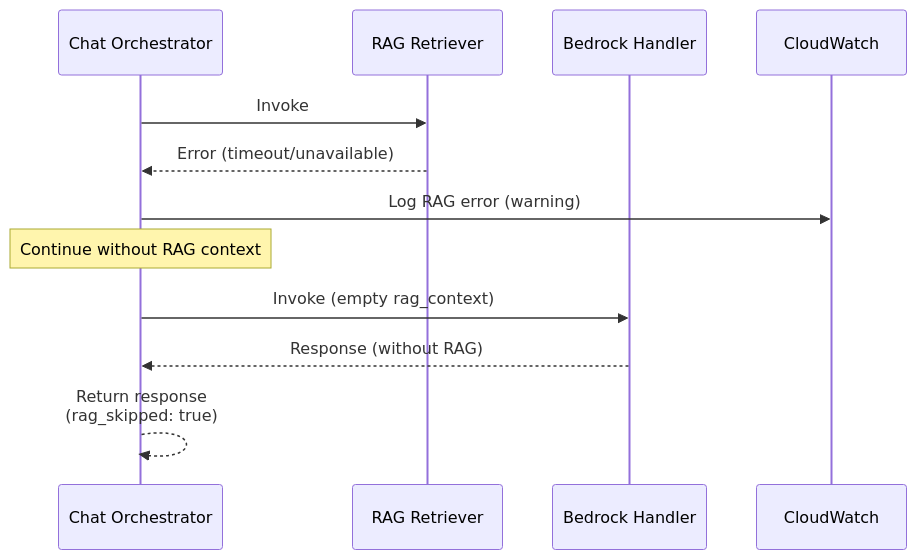
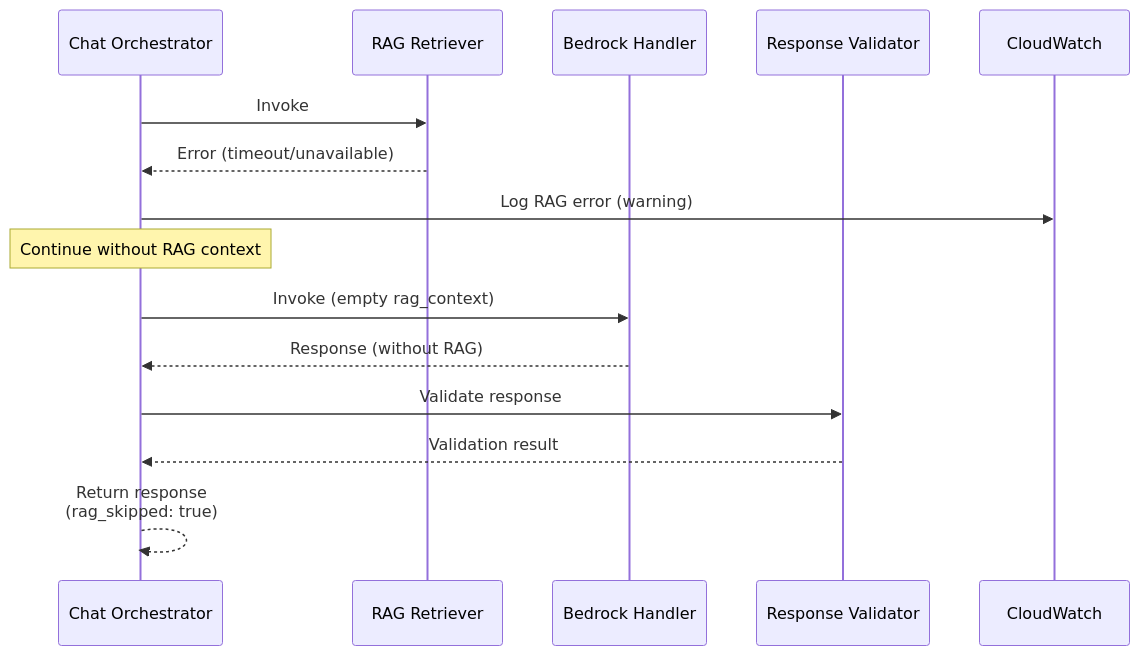
Before and after one commit to jujubear24/ai-customer-service-bot: diagram 17 of 24 in docs/architecture/data-flow.md, drawn with Mermaid. The commit also changed other lines of this file and 3 other files, not shown here.

First line of the commit message:
docs(response-validator): add E2E tests and documentation

````diff
--- a/docs/architecture/data-flow.md
+++ b/docs/architecture/data-flow.md
@@ -608,19 +862,23 @@
 ```mermaid
 sequenceDiagram
     participant CO as Chat Orchestrator
     participant RR as RAG Retriever
     participant BH as Bedrock Handler
+    participant RV as Response Validator
     participant CW as CloudWatch
 
     CO->>RR: Invoke
     RR-->>CO: Error (timeout/unavailable)
 
     CO->>CW: Log RAG error (warning)
 
     Note over CO: Continue without RAG context
 
     CO->>BH: Invoke (empty rag_context)
     BH-->>CO: Response (without RAG)
 
+    CO->>RV: Validate response
+    RV-->>CO: Validation result
+
     CO-->>CO: Return response<br/>(rag_skipped: true)
 ```
````
